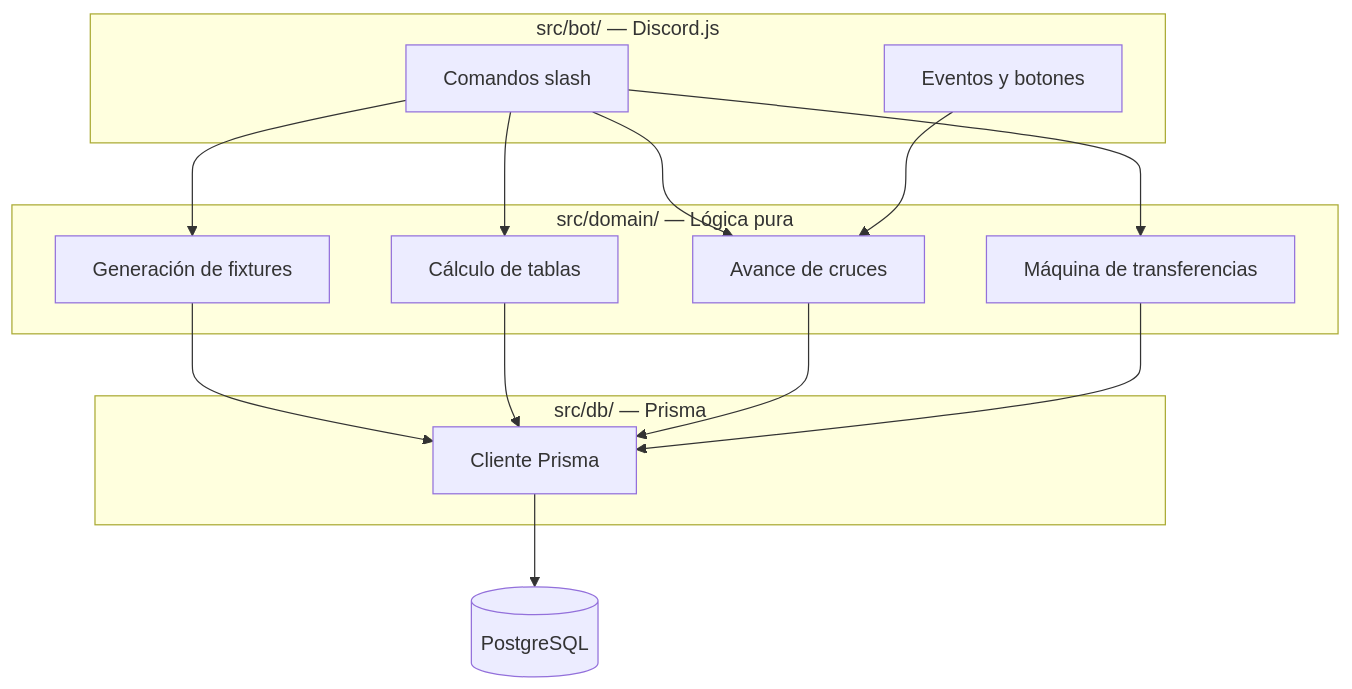
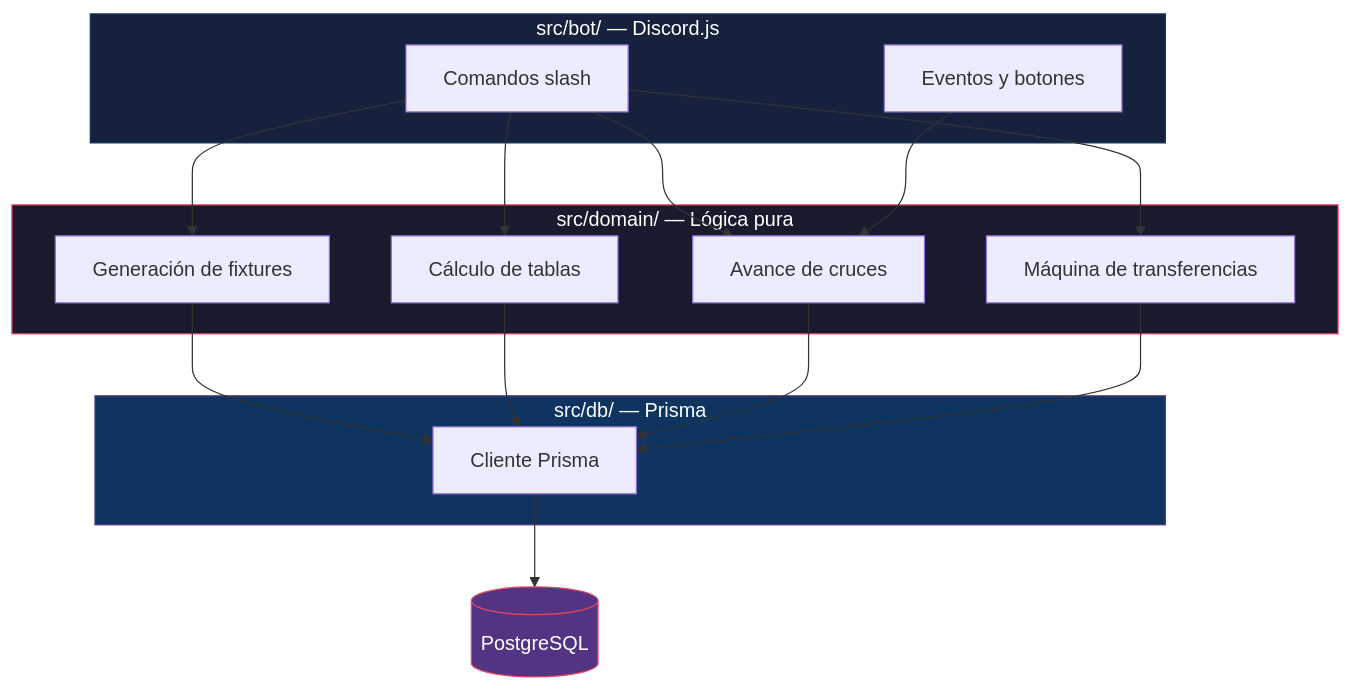
The first of 3 diagrams in README.md (Kevris/AGON), drawn with Mermaid before and after one commit. The commit also changed other lines of this file, not shown here.

````diff
--- a/README.md
+++ b/README.md
@@ -53,31 +69,36 @@
 ```mermaid
 flowchart TD
     subgraph Bot["src/bot/ — Discord.js"]
         CMD[Comandos slash]
         EVT[Eventos y botones]
     end
 
     subgraph Domain["src/domain/ — Lógica pura"]
         FIX[Generación de fixtures]
         TAB[Cálculo de tablas]
         TIE[Avance de cruces]
         MKT[Máquina de transferencias]
     end
 
     subgraph DB["src/db/ — Prisma"]
         PRISMA[Cliente Prisma]
     end
 
     PG[(PostgreSQL)]
 
     CMD --> FIX
     CMD --> TAB
     CMD --> TIE
     CMD --> MKT
     EVT --> TIE
     FIX --> PRISMA
     TAB --> PRISMA
     TIE --> PRISMA
     MKT --> PRISMA
     PRISMA --> PG
+
+    style Domain fill:#1a1a2e,stroke:#e94560,color:#fff
+    style Bot fill:#16213e,stroke:#0f3460,color:#fff
+    style DB fill:#0f3460,stroke:#533483,color:#fff
+    style PG fill:#533483,stroke:#e94560,color:#fff
 ```
````
